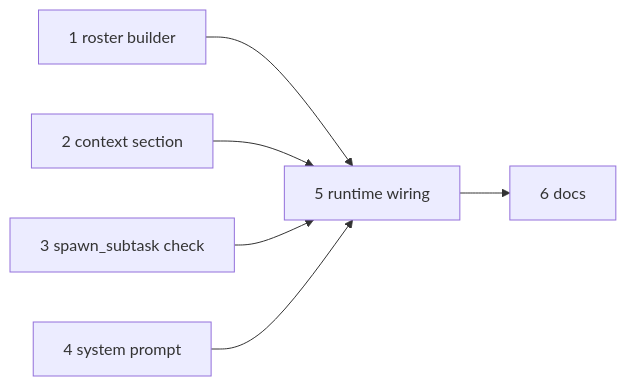
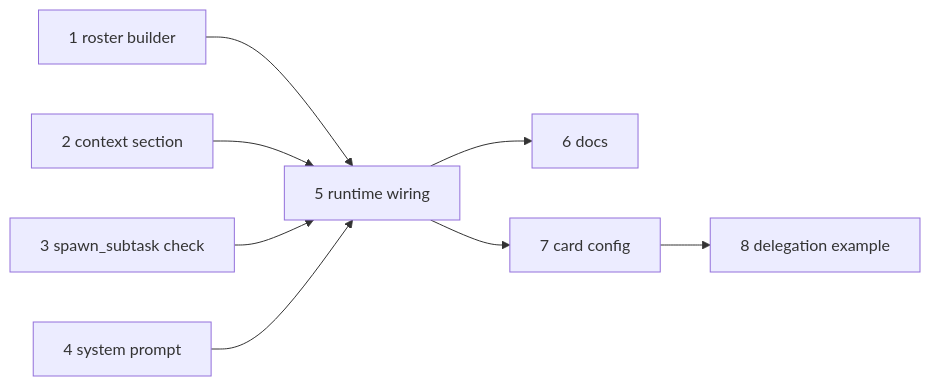
The diagram in docs/specs/issue-34/tasks.md (MadaraUchiha-314/tiny-harness), drawn with Mermaid before and after one commit. The commit also changed other lines of this file and 10 other files, not shown here.

````diff
--- a/docs/specs/issue-34/tasks.md
+++ b/docs/specs/issue-34/tasks.md
@@ -106,8 +125,10 @@
 ```mermaid
 flowchart LR
     t1["1 roster builder"] --> t5["5 runtime wiring"]
     t2["2 context section"] --> t5
     t3["3 spawn_subtask check"] --> t5
     t4["4 system prompt"] --> t5
     t5 --> t6["6 docs"]
+    t5 --> t7["7 card config"]
+    t7 --> t8["8 delegation example"]
 ```
````
